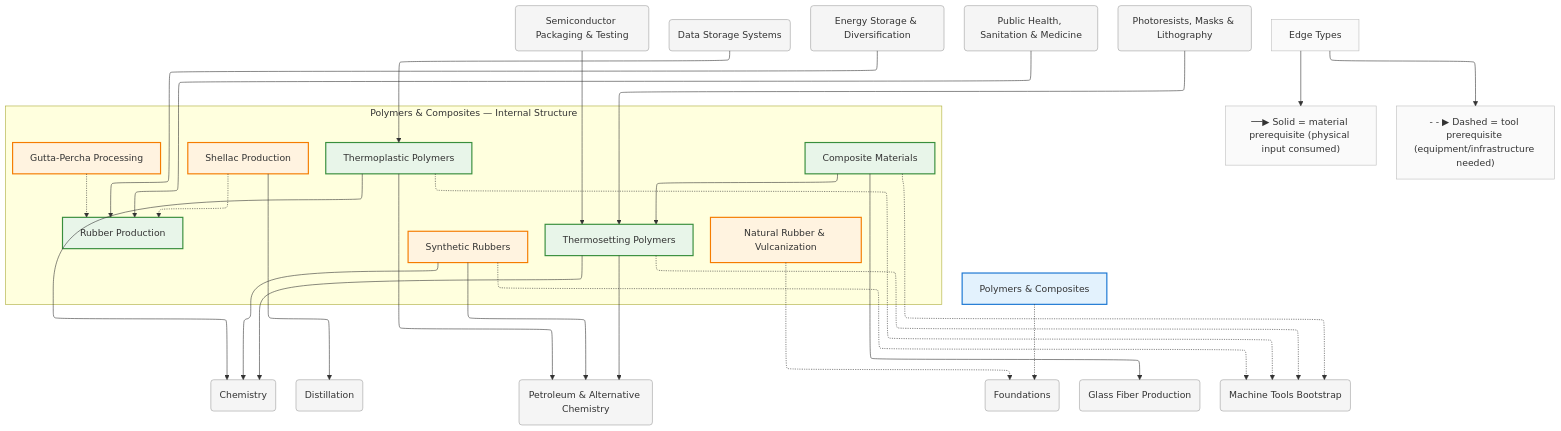
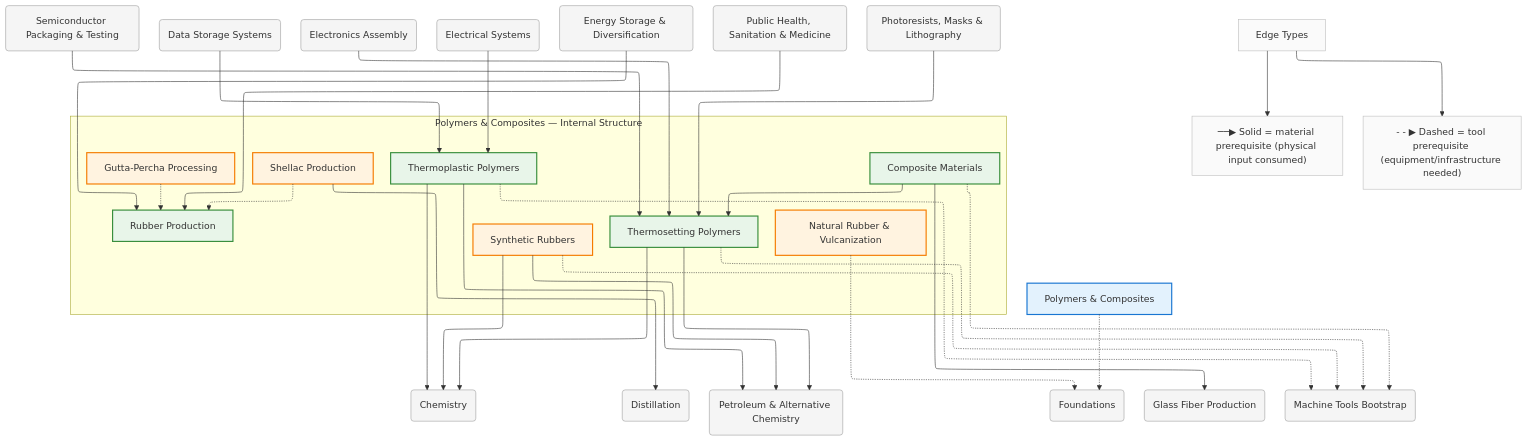
The diagram in diagrams/mermaid/polymers.mmd (egofree/TechTree), drawn with Mermaid before and after one commit. The commit also changed 47 other files, not shown here.

```diff
--- a/diagrams/mermaid/polymers.mmd
+++ b/diagrams/mermaid/polymers.mmd
@@ -1,92 +1,98 @@
 %%{init: {"flowchart": {"defaultRenderer": "elk", "htmlLabels": true}}}%%
 graph TD
     %% Domain: Polymers & Composites
 
     %% ==================== INTERNAL NODES ====================
     subgraph polymers_internal ["Polymers & Composites — Internal Structure"]
         direction TB
         polymers_rubber["Rubber Production"]
         polymers_rubber_natural["Natural Rubber & Vulcanization"]
         polymers_rubber_synthetic["Synthetic Rubbers"]
         polymers_thermosets["Thermosetting Polymers"]
         polymers_thermoplastics["Thermoplastic Polymers"]
         polymers_composites["Composite Materials"]
         polymers_rubber_gutta-percha["Gutta-Percha Processing"]
         polymers_rubber_shellac["Shellac Production"]
     end
 
     %% ==================== DOMAIN NODE ====================
     polymers["Polymers & Composites"]
 
     %% ==================== EXTERNAL DEPENDENCIES ====================
     chemistry("Chemistry")
     chemistry_distillation("Distillation")
     chemistry_packaging-testing("Semiconductor Packaging & Testing")
     chemistry_petroleum-alternatives("Petroleum & Alternative Chemistry")
     computing_data-storage("Data Storage Systems")
+    electronics_assembly("Electronics Assembly")
+    electronics_electrical-systems("Electrical Systems")
     energy_storage("Energy Storage & Diversification")
     foundations("Foundations")
     glass_fibers("Glass Fiber Production")
     health("Public Health, Sanitation & Medicine")
     machine-tools("Machine Tools Bootstrap")
     photolithography_resists-masks("Photoresists, Masks & Lithography")
 
     %% ==================== EDGES ====================
     polymers_composites --> polymers_thermosets
     polymers_rubber_gutta-percha -.-> polymers_rubber
     polymers_rubber_shellac -.-> polymers_rubber
     photolithography_resists-masks --> polymers_thermosets
     chemistry_packaging-testing --> polymers_thermosets
     polymers -.-> foundations
     polymers_rubber_synthetic --> chemistry_petroleum-alternatives
     polymers_rubber_synthetic --> chemistry
     polymers_rubber_synthetic -.-> machine-tools
     polymers_thermosets --> chemistry_petroleum-alternatives
     polymers_thermosets --> chemistry
     polymers_thermosets -.-> machine-tools
     polymers_thermoplastics --> chemistry_petroleum-alternatives
     polymers_thermoplastics --> chemistry
     polymers_thermoplastics -.-> machine-tools
     polymers_composites -.-> machine-tools
     polymers_rubber_natural -.-> foundations
     health --> polymers_rubber
     energy_storage --> polymers_rubber
     polymers_rubber_shellac --> chemistry_distillation
     polymers_composites --> glass_fibers
     computing_data-storage --> polymers_thermoplastics
+    electronics_assembly --> polymers_thermosets
+    electronics_electrical-systems --> polymers_thermoplastics
 
     %% ==================== EDGE TYPE LEGEND ====================
     EdgeLegend["Edge Types"]
     EdgeLegend --> MatNote["──▶ Solid = material prerequisite (physical input consumed)"]
     EdgeLegend --> ToolNote["- - ▶ Dashed = tool prerequisite (equipment/infrastructure needed)"]
 
     %% ==================== STYLING ====================
     classDef domain fill:#e3f2fd,stroke:#1976d2,stroke-width:2px
     classDef capability fill:#e8f5e9,stroke:#388e3c,stroke-width:2px
     classDef process fill:#fff3e0,stroke:#f57c00,stroke-width:2px
     classDef critical fill:#fff3e0,stroke:#f57c00,stroke-width:3px
     classDef earlyWin fill:#e8f5e9,stroke:#388e3c,stroke-width:3px
     classDef pinnacle fill:#fce4ec,stroke:#c62828,stroke-width:3px
     classDef external fill:#f5f5f5,stroke:#9e9e9e,stroke-width:1px
     classDef legend fill:#fafafa,stroke:#bdbdbd,stroke-width:1px
     class polymers domain
     class polymers_rubber capability
     class polymers_rubber_natural process
     class polymers_rubber_synthetic process
     class polymers_thermosets capability
     class polymers_thermoplastics capability
     class polymers_composites capability
     class polymers_rubber_gutta-percha process
     class polymers_rubber_shellac process
     class chemistry external
     class chemistry_distillation external
     class chemistry_packaging-testing external
     class chemistry_petroleum-alternatives external
     class computing_data-storage external
+    class electronics_assembly external
+    class electronics_electrical-systems external
     class energy_storage external
     class foundations external
     class glass_fibers external
     class health external
     class machine-tools external
     class photolithography_resists-masks external
     class EdgeLegend,MatNote,ToolNote legend
```
